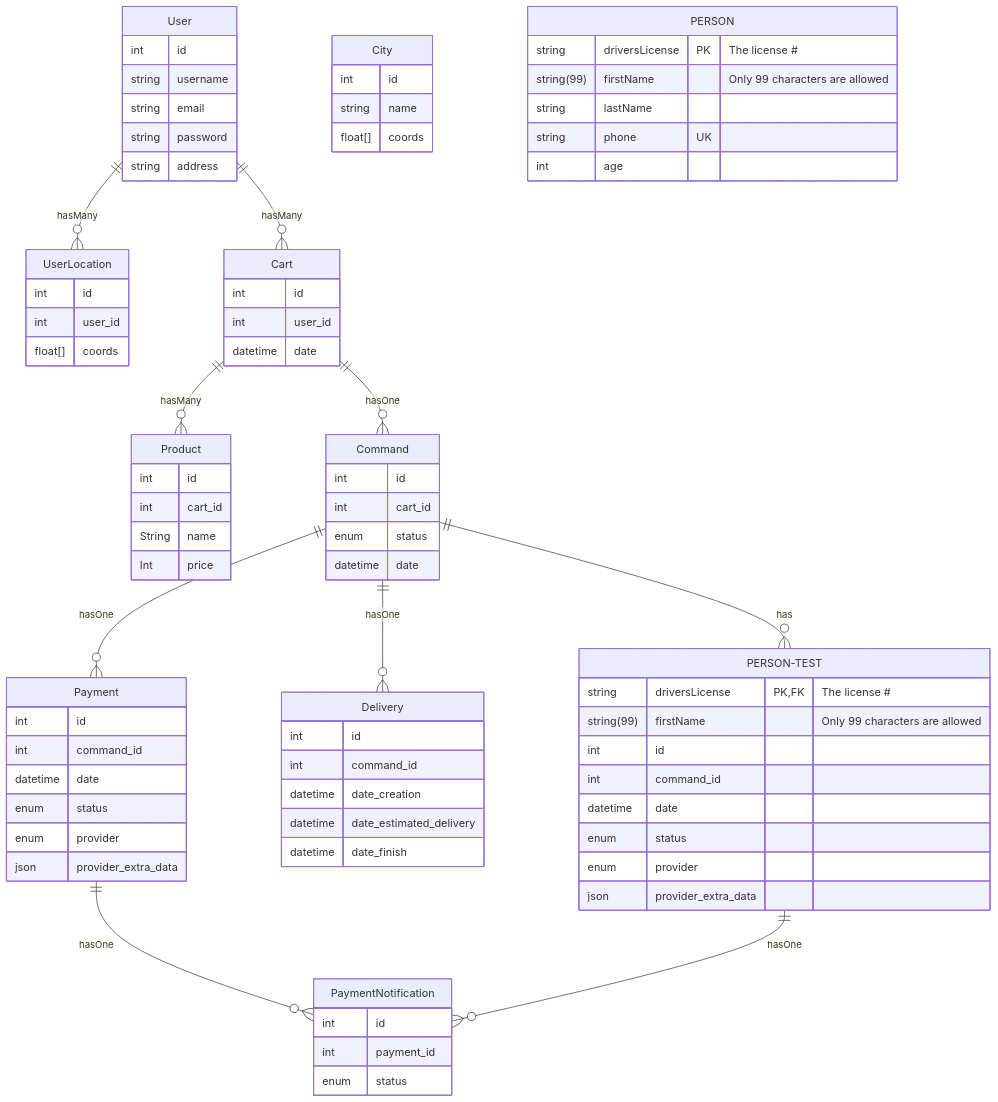
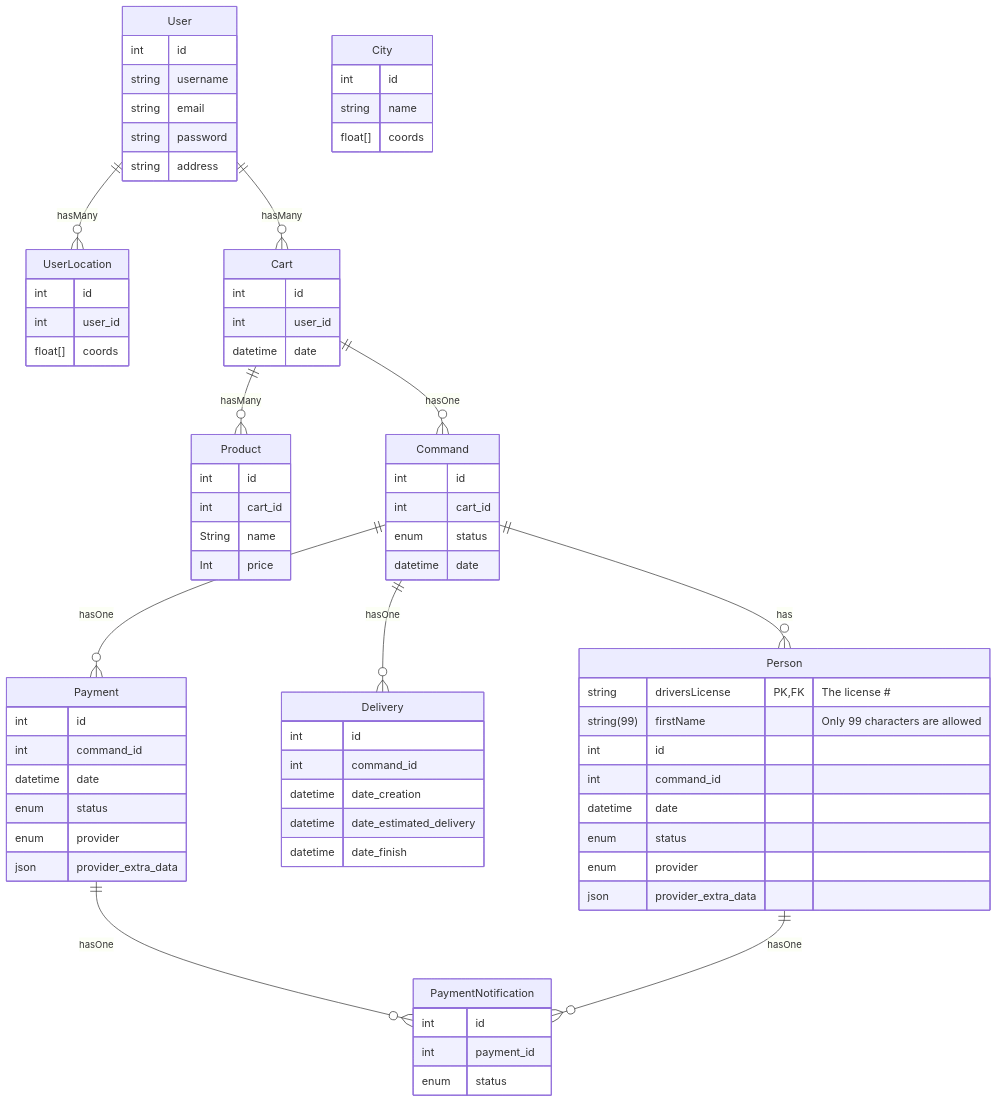
One commit to joussin/api_allopico_old changed the first of 6 diagrams in readme.md. Above: the diagram before and after it, drawn with Mermaid.

```diff
--- a/readme.md
+++ b/readme.md
@@ -37,8 +37,8 @@
     
     Payment ||--o{ PaymentNotification : hasOne
     
-    Command ||--o{ PERSON-TEST : has
-        PERSON-TEST ||--o{ PaymentNotification : hasOne
+    Command ||--o{ Person : has
+        Person ||--o{ PaymentNotification : hasOne
     
     City {
         int id
@@ -105,15 +105,9 @@
 	     datetime date_finish
 	}
 	
- PERSON {
-        string driversLicense PK "The license #"
-        string(99) firstName "Only 99 characters are allowed"
-        string lastName
-        string phone UK
-        int age
-    }
+ 
     
-     PERSON-TEST {
+     Person {
         string driversLicense PK, FK "The license #"
         string(99) firstName "Only 99 characters are allowed"
             int id
```
